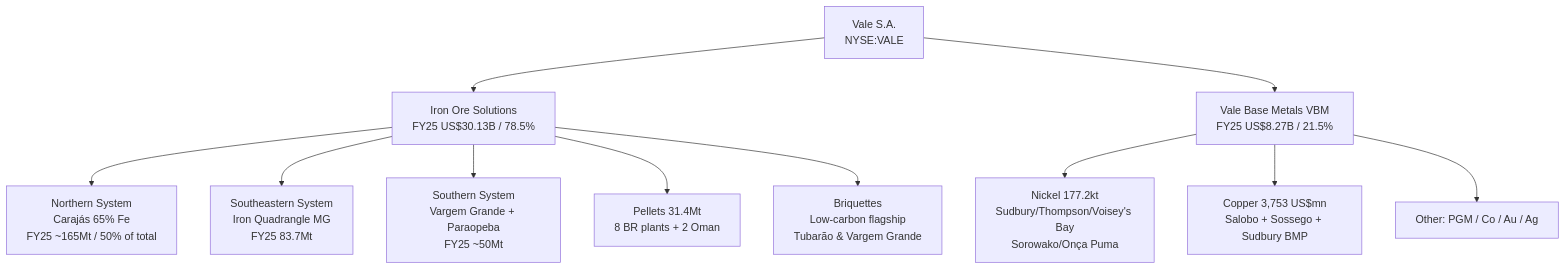
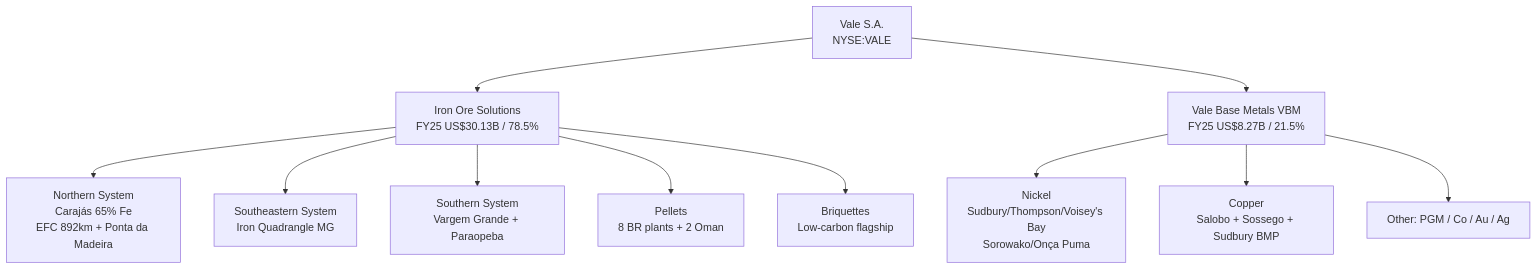
One commit to dadachundan/financial_agent changed the second of 4 diagrams in reports/company/Vale_NYSE_VALE/Vale_NYSE_VALE_公司研究.md. Above: the diagram before and after it, drawn with Mermaid. The commit also changed other lines of this file and 9 other files, not shown here.

First line of the commit message:
feat(company-research): refresh Vale (VALE) to current spec — decision layer + 9 SVG charts

````diff
--- a/reports/company/Vale_NYSE_VALE/Vale_NYSE_VALE_公司研究.md
+++ b/reports/company/Vale_NYSE_VALE/Vale_NYSE_VALE_公司研究.md
@@ -90,14 +621,14 @@
 ```mermaid
 graph TD
   V[Vale S.A.<br/>NYSE:VALE]
   V --> IO[Iron Ore Solutions<br/>FY25 US$30.13B / 78.5%]
   V --> VBM[Vale Base Metals VBM<br/>FY25 US$8.27B / 21.5%]
-  IO --> N[Northern System<br/>Carajás 65% Fe<br/>FY25 ~165Mt / 50% of total]
-  IO --> SE[Southeastern System<br/>Iron Quadrangle MG<br/>FY25 83.7Mt]
-  IO --> S[Southern System<br/>Vargem Grande + Paraopeba<br/>FY25 ~50Mt]
-  IO --> P[Pellets 31.4Mt<br/>8 BR plants + 2 Oman]
-  IO --> B[Briquettes<br/>Low-carbon flagship<br/>Tubarão & Vargem Grande]
-  VBM --> Ni[Nickel 177.2kt<br/>Sudbury/Thompson/Voisey's Bay<br/>Sorowako/Onça Puma]
-  VBM --> Cu[Copper 3,753 US$mn<br/>Salobo + Sossego + Sudbury BMP]
+  IO --> N[Northern System<br/>Carajás 65% Fe<br/>EFC 892km + Ponta da Madeira]
+  IO --> SE[Southeastern System<br/>Iron Quadrangle MG]
+  IO --> S[Southern System<br/>Vargem Grande + Paraopeba]
+  IO --> P[Pellets<br/>8 BR plants + 2 Oman]
+  IO --> B[Briquettes<br/>Low-carbon flagship]
+  VBM --> Ni[Nickel<br/>Sudbury/Thompson/Voisey's Bay<br/>Sorowako/Onça Puma]
+  VBM --> Cu[Copper<br/>Salobo + Sossego + Sudbury BMP]
   VBM --> O[Other: PGM / Co / Au / Ag]
 ```
````
